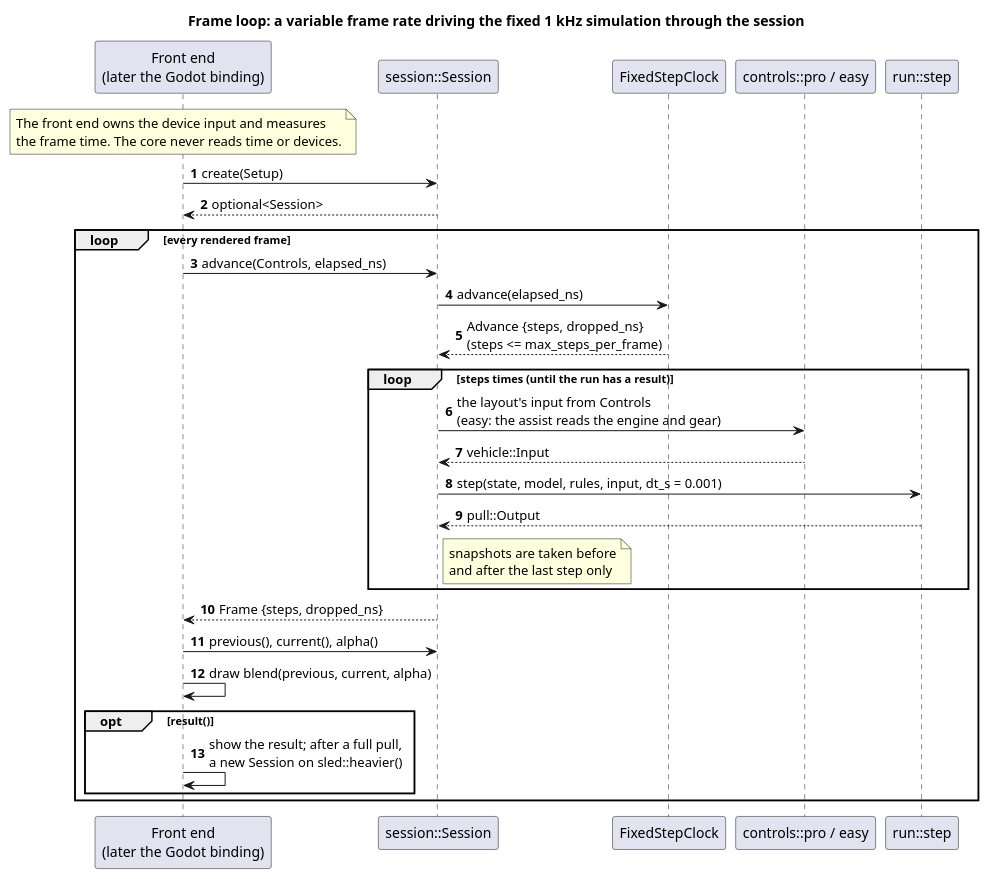
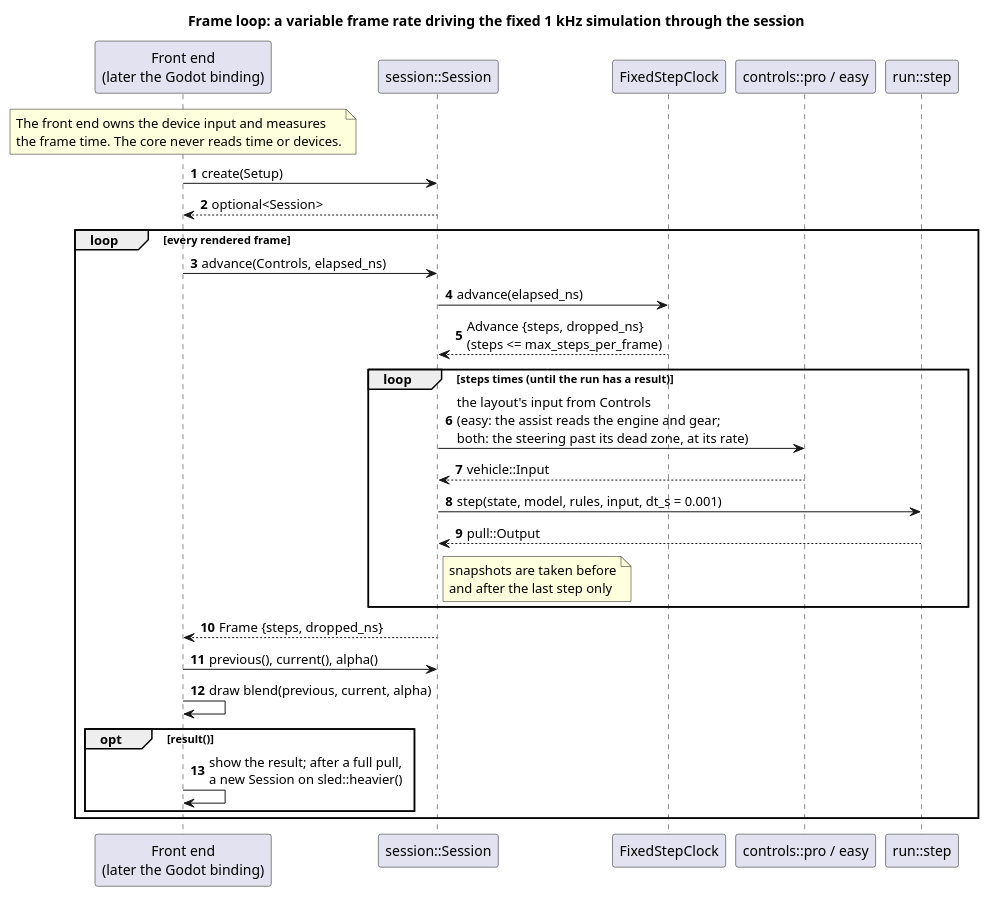
Before and after one commit to wversteeg/TractorPulling: the diagram in docs/diagrams/frame_loop_sequence.puml, drawn with PlantUML. The commit also changed 22 other files, not shown here.

First line of the commit message:
Pro layout: steering dead zone and rate, pro.toml

```diff
--- a/docs/diagrams/frame_loop_sequence.puml
+++ b/docs/diagrams/frame_loop_sequence.puml
@@ -1,33 +1,33 @@
 @startuml frame_loop_sequence
 title Frame loop: a variable frame rate driving the fixed 1 kHz simulation through the session
 autonumber
 participant "Front end\n(later the Godot binding)" as Frontend
 participant "session::Session" as Session
 participant "FixedStepClock" as Clock
 participant "controls::pro / easy" as Controls
 participant "run::step" as Run
 
 note over Frontend : The front end owns the device input and measures\nthe frame time. The core never reads time or devices.
 
 Frontend -> Session : create(Setup)
 Session --> Frontend : optional<Session>
 
 loop every rendered frame
   Frontend -> Session : advance(Controls, elapsed_ns)
   Session -> Clock : advance(elapsed_ns)
   Clock --> Session : Advance {steps, dropped_ns}\n(steps <= max_steps_per_frame)
   loop steps times (until the run has a result)
-    Session -> Controls : the layout's input from Controls\n(easy: the assist reads the engine and gear)
+    Session -> Controls : the layout's input from Controls\n(easy: the assist reads the engine and gear;\nboth: the steering past its dead zone, at its rate)
     Controls --> Session : vehicle::Input
     Session -> Run : step(state, model, rules, input, dt_s = 0.001)
     Run --> Session : pull::Output
     note right of Session : snapshots are taken before\nand after the last step only
   end
   Session --> Frontend : Frame {steps, dropped_ns}
   Frontend -> Session : previous(), current(), alpha()
   Frontend -> Frontend : draw blend(previous, current, alpha)
   opt result()
     Frontend -> Frontend : show the result; after a full pull,\na new Session on sled::heavier()
   end
 end
 @enduml
```
